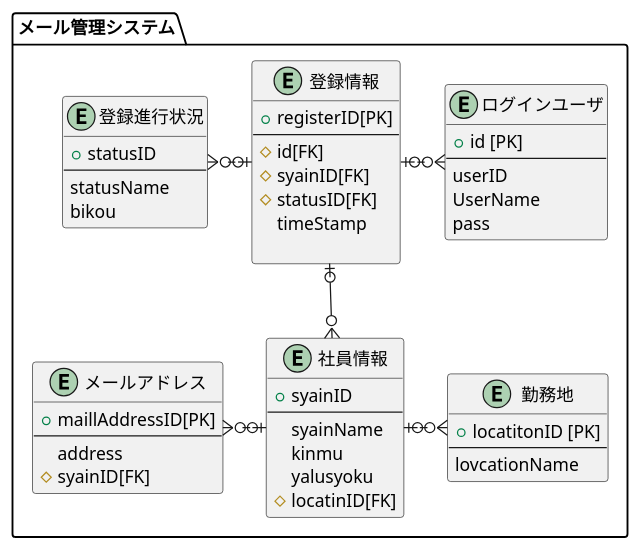
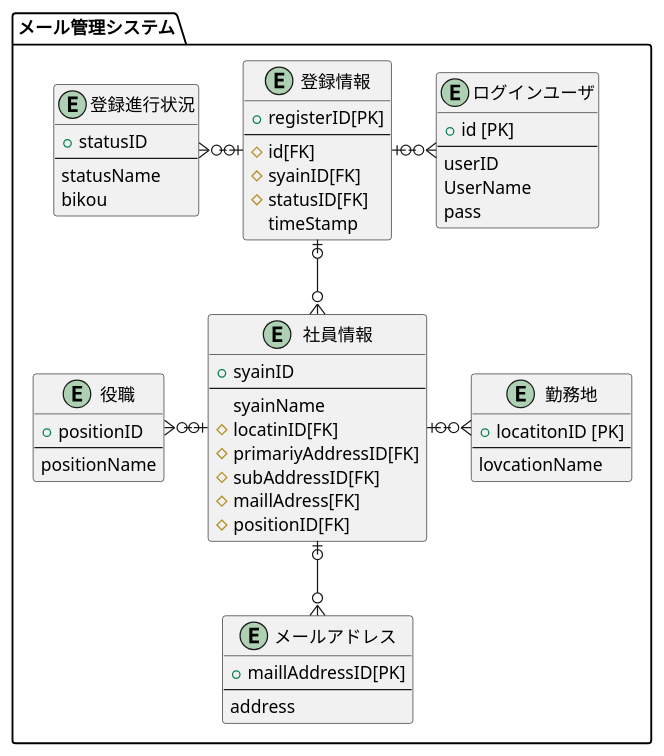
Before and after one commit to KKimishima/MailAdmin: the diagram in doc/UML/ER.puml, drawn with PlantUML. The commit also changed 3 other files, not shown here.

```diff
--- a/doc/UML/ER.puml
+++ b/doc/UML/ER.puml
@@ -1,52 +1,58 @@
 @startuml
 package "メール管理システム" {
     entity "ログインユーザ" as loginUser {
         + id [PK]
         ----
         userID
         UserName
         pass
     }
     entity "勤務地" as location{
         + locatitonID [PK]
         ---
         lovcationName
     }
     entity "メールアドレス" as maillAddress{
         + maillAddressID[PK]
         ---
         address
-        # syainID[FK]
+    }
+    entity "役職" as position{
+        + positionID
+        ---
+        positionName
     }
     entity "社員情報" as syainInfo{
         + syainID
         ---
         syainName
-        kinmu
-        yalusyoku
         # locatinID[FK]
+        # primariyAddressID[FK]
+        # subAddressID[FK]
+        # maillAdress[FK]
+        # positionID[FK]
     }
     entity "登録進行状況" as statusRegiser{
         + statusID
         ---
         statusName
         bikou
     }
     entity "登録情報" as regiseter{
         + registerID[PK]
         ----
         # id[FK]
         # syainID[FK]
         # statusID[FK]
          timeStamp
-
     }
 
-    maillAddress }o--r-o| syainInfo
+    maillAddress }o-u-o| syainInfo
+    syainInfo |o--l-o{ position
     syainInfo |o-ri-o{ location
     regiseter |o-ri-o{ loginUser
     regiseter |o-l-o{ statusRegiser
     regiseter |o--o{ syainInfo
 
 }
 @enduml
```
